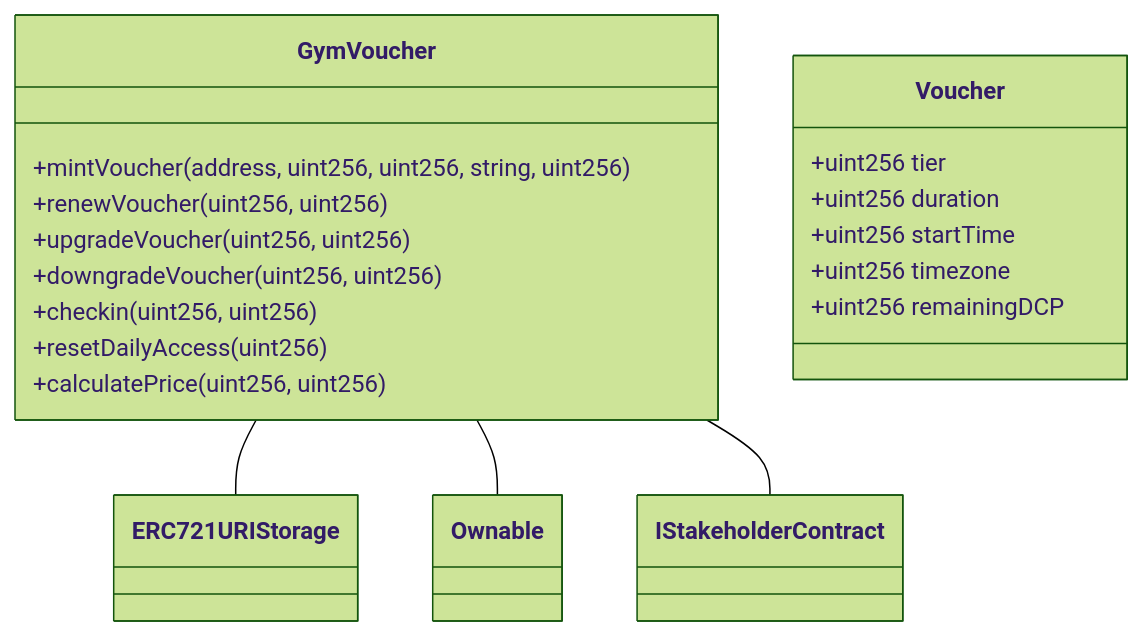
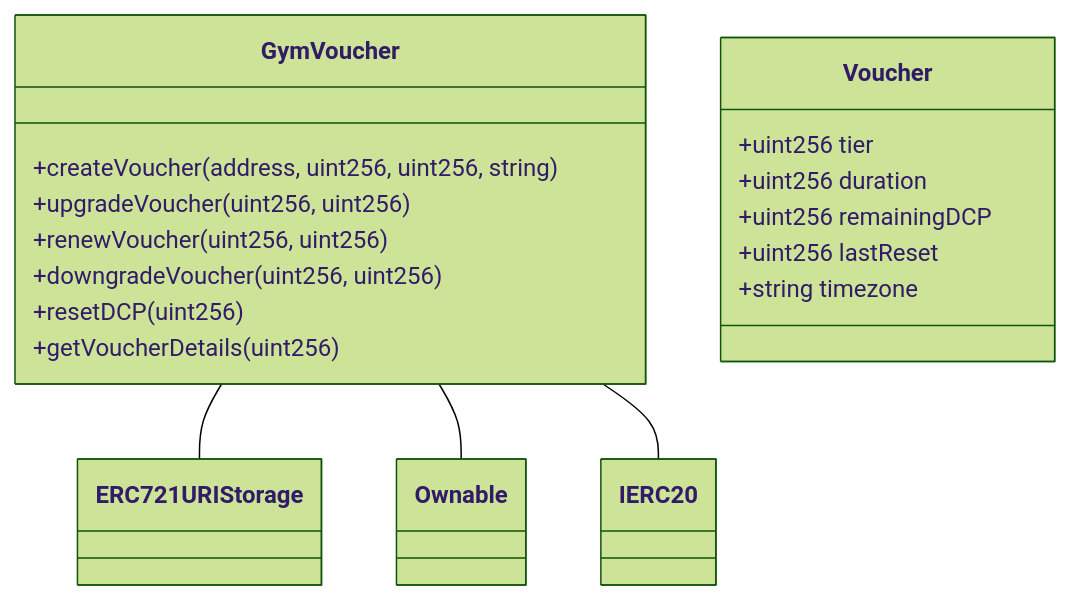
The second of 5 diagrams in technical/smart-contracts.md (DeGym/documentation), drawn with Mermaid before and after one commit.

Commit message:
update gym voucher diagram

````diff
--- a/technical/smart-contracts.md
+++ b/technical/smart-contracts.md
@@ -171,25 +171,23 @@
 ```mermaid
 %%{init: {'theme': 'forest'}}%%
 
 classDiagram
     class GymVoucher {
-      +mintVoucher(address, uint256, uint256, string, uint256)
-      +renewVoucher(uint256, uint256)
-      +upgradeVoucher(uint256, uint256)
-      +downgradeVoucher(uint256, uint256)
-      +checkin(uint256, uint256)
-      +resetDailyAccess(uint256)
-      +calculatePrice(uint256, uint256)
+        +createVoucher(address, uint256, uint256, string)
+        +upgradeVoucher(uint256, uint256)
+        +renewVoucher(uint256, uint256)
+        +downgradeVoucher(uint256, uint256)
+        +resetDCP(uint256)
+        +getVoucherDetails(uint256)
     }
     GymVoucher -- ERC721URIStorage
     GymVoucher -- Ownable
     class Voucher {
-      +uint256 tier
-      +uint256 duration
-      +uint256 startTime
-      +uint256 timezone
-      +uint256 remainingDCP
+        +uint256 tier
+        +uint256 duration
+        +uint256 remainingDCP
+        +uint256 lastReset
+        +string timezone
     }
-    GymVoucher -- IStakeholderContract
-
+    GymVoucher -- IERC20
 ```
````
